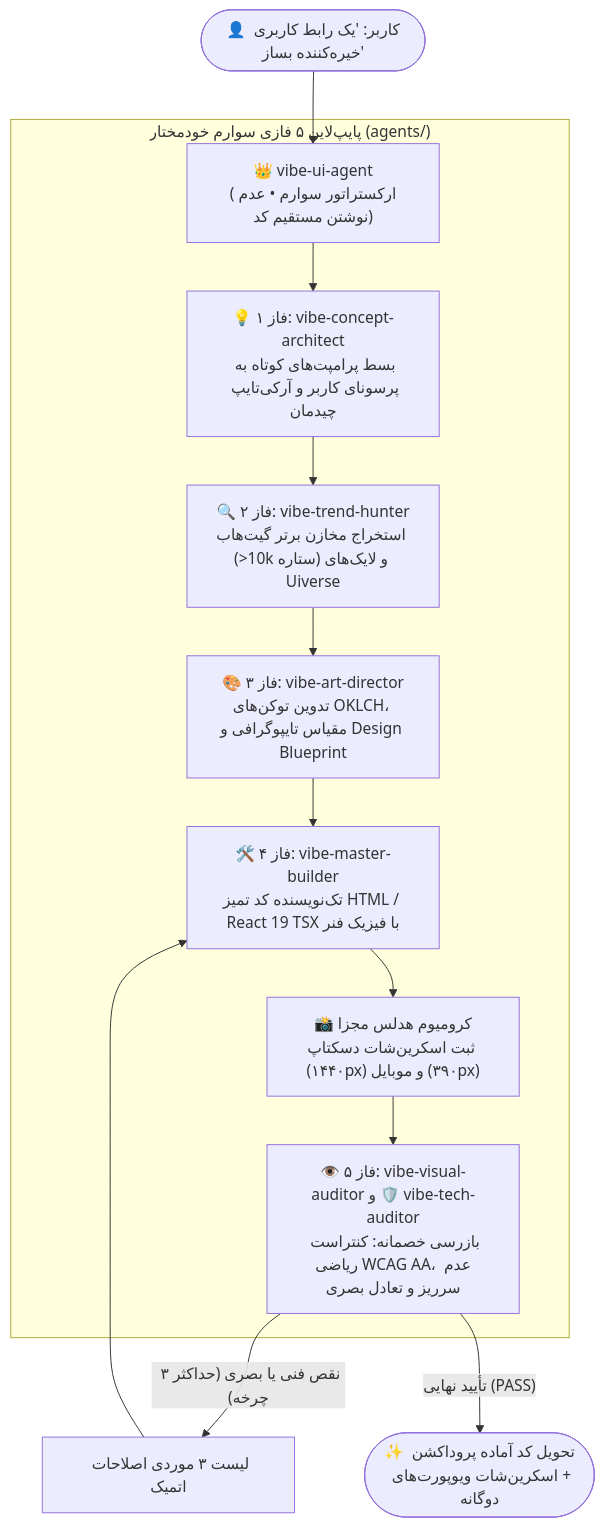
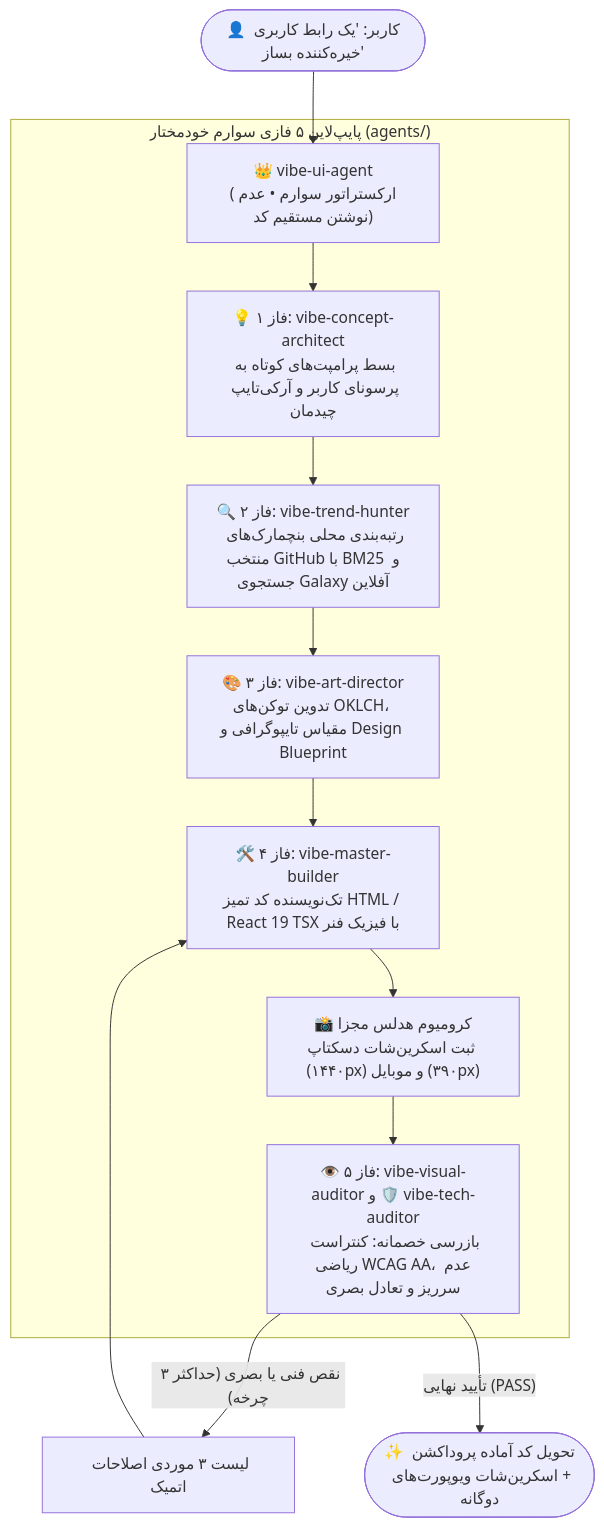
The diagram in README.fa.md (omid-io/vibe-ui-suite), drawn with Mermaid before and after one commit. The commit also changed other lines of this file and 10 other files, not shown here.

````diff
--- a/README.fa.md
+++ b/README.fa.md
@@ -84,17 +84,17 @@
 ```mermaid
 flowchart TD
     User(["👤 کاربر: 'یک رابط کاربری خیره‌کننده بساز'"]) --> Orchestrator["👑 vibe-ui-agent<br/>(ارکستراتور سوارم • عدم نوشتن مستقیم کد)"]
     
     subgraph SwarmPipeline ["پایپ‌لاین ۵ فازی سوارم خودمختار (agents/)"]
         Orchestrator --> P1["💡 فاز ۱: vibe-concept-architect<br/>بسط پرامپت‌های کوتاه به پرسونای کاربر و آرکی‌تایپ چیدمان"]
-        P1 --> P2["🔍 فاز ۲: vibe-trend-hunter<br/>استخراج مخازن برتر گیت‌هاب (>10k ستاره) و لایک‌های Uiverse"]
+        P1 --> P2["🔍 فاز ۲: vibe-trend-hunter<br/>رتبه‌بندی محلی بنچمارک‌های منتخب GitHub با BM25 و جستجوی Galaxy آفلاین"]
         P2 --> P3["🎨 فاز ۳: vibe-art-director<br/>تدوین توکن‌های OKLCH، مقیاس تایپوگرافی و Design Blueprint"]
         P3 --> P4["🛠️ فاز ۴: vibe-master-builder<br/>تک‌نویسنده کد تمیز HTML / React 19 TSX با فیزیک فنر"]
         P4 --> P5["📸 کرومیوم هدلس مجزا<br/>ثبت اسکرین‌شات دسکتاپ (۱۴۴۰px) و موبایل (۳۹۰px)"]
         P5 --> P6["👁️ فاز ۵: vibe-visual-auditor و 🛡️ vibe-tech-auditor<br/>بازرسی خصمانه: کنتراست ریاضی WCAG AA، عدم سرریز و تعادل بصری"]
     end
     
     P6 -- "نقص فنی یا بصری (حداکثر ۳ چرخه)" --> PunchList["لیست ۳ موردی اصلاحات اتمیک"]
     PunchList --> P4
     P6 -- "تأیید نهایی (PASS)" --> Delivery(["✨ تحویل کد آماده پروداکشن + اسکرین‌شات ویوپورت‌های دوگانه"])
 ```
````
